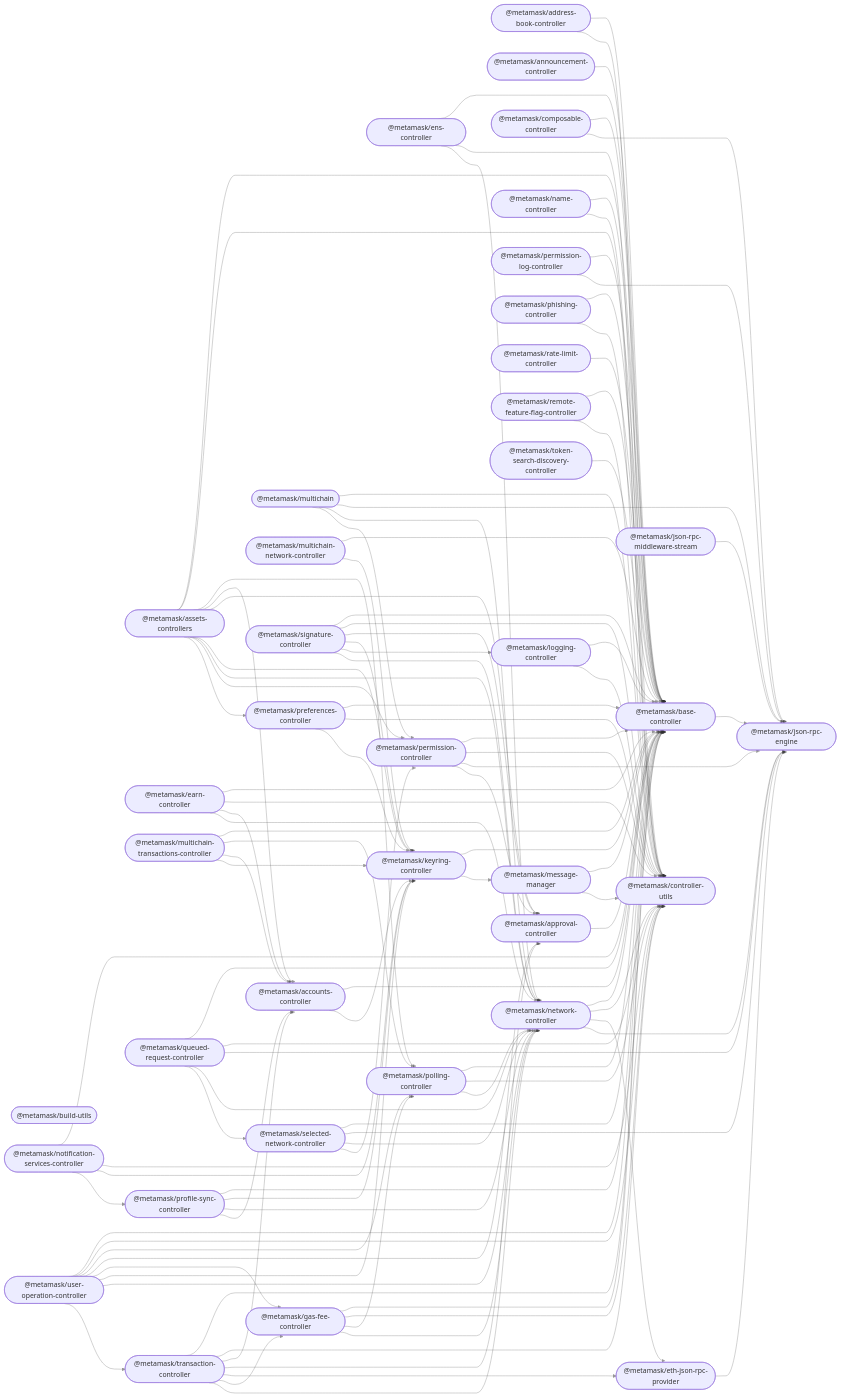
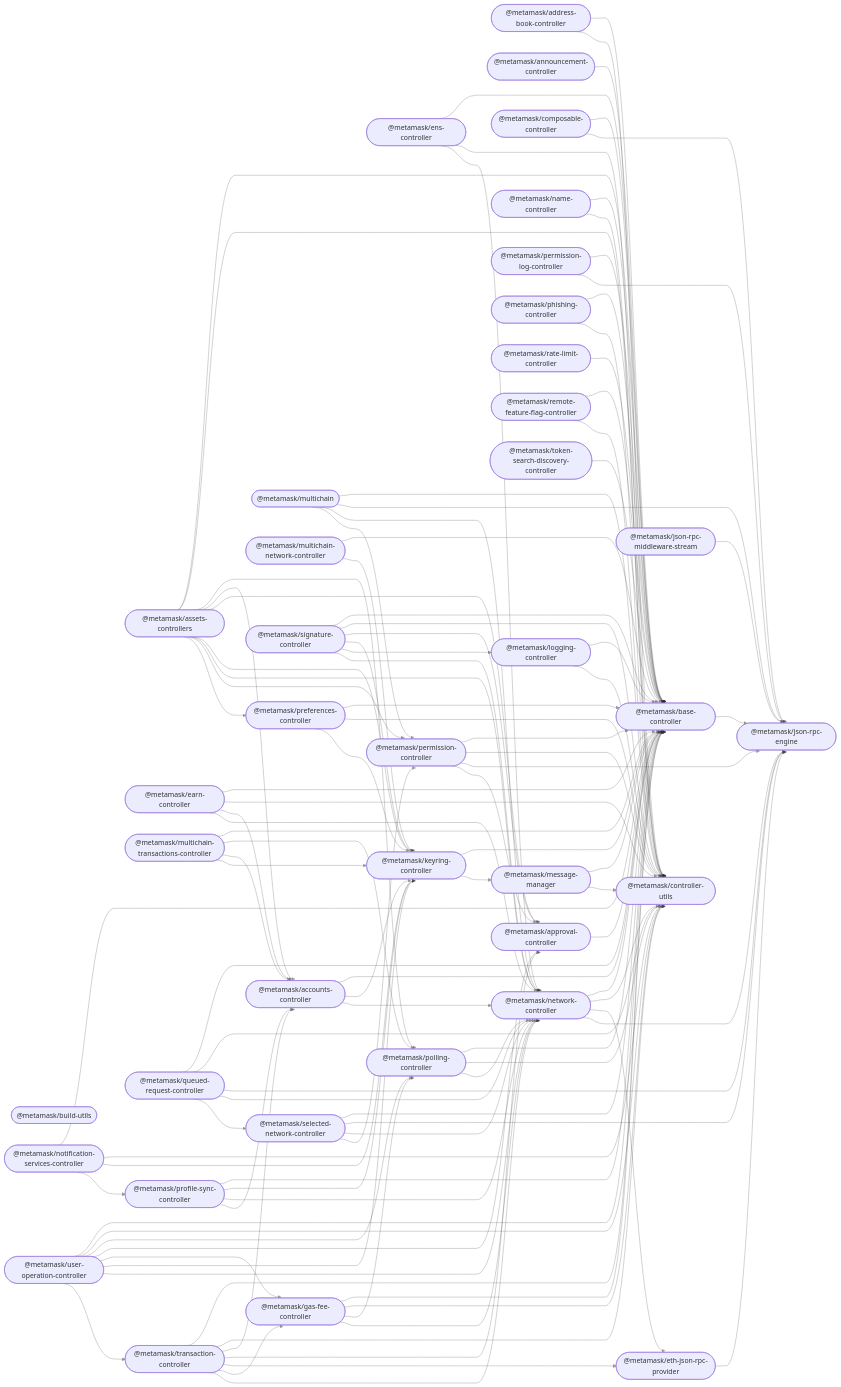
Before and after one commit to MetaMask/core: the diagram in README.md, drawn with Mermaid. The commit also changed 8 other files, not shown here.

```diff
--- a/README.md
+++ b/README.md
@@ -107,6 +107,7 @@
   user_operation_controller(["@metamask/user-operation-controller"]);
   accounts_controller --> base_controller;
   accounts_controller --> keyring_controller;
+  accounts_controller --> network_controller;
   address_book_controller --> base_controller;
   address_book_controller --> controller_utils;
   announcement_controller --> base_controller;
```
